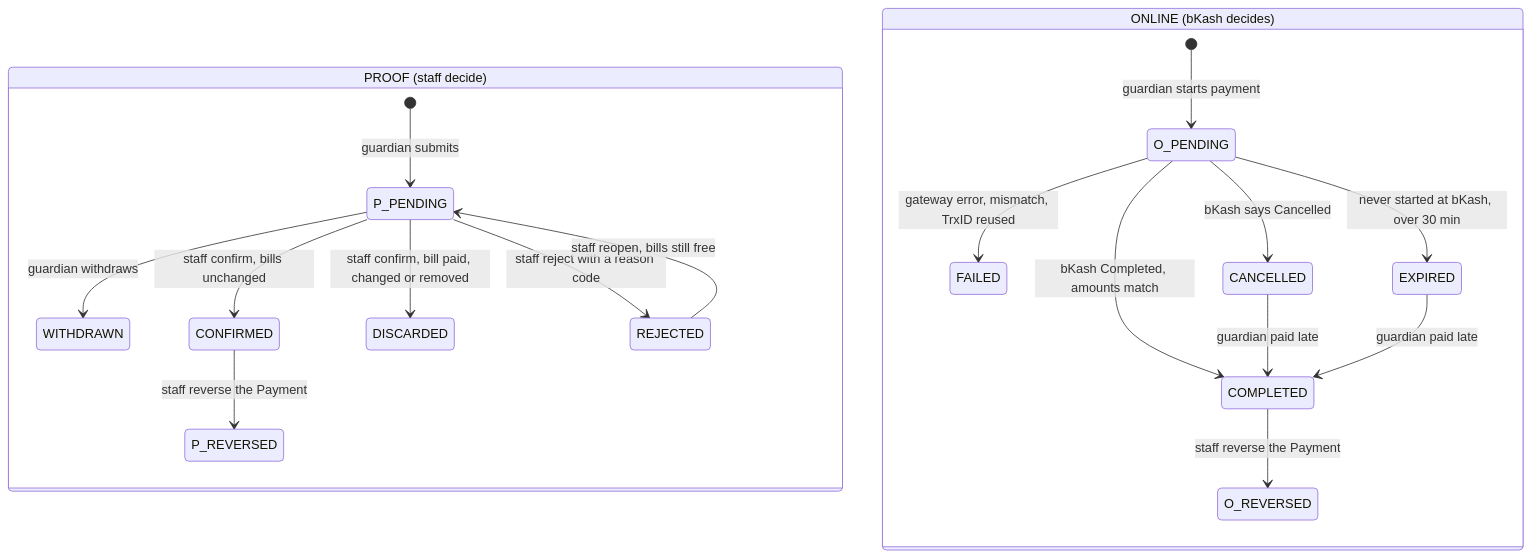
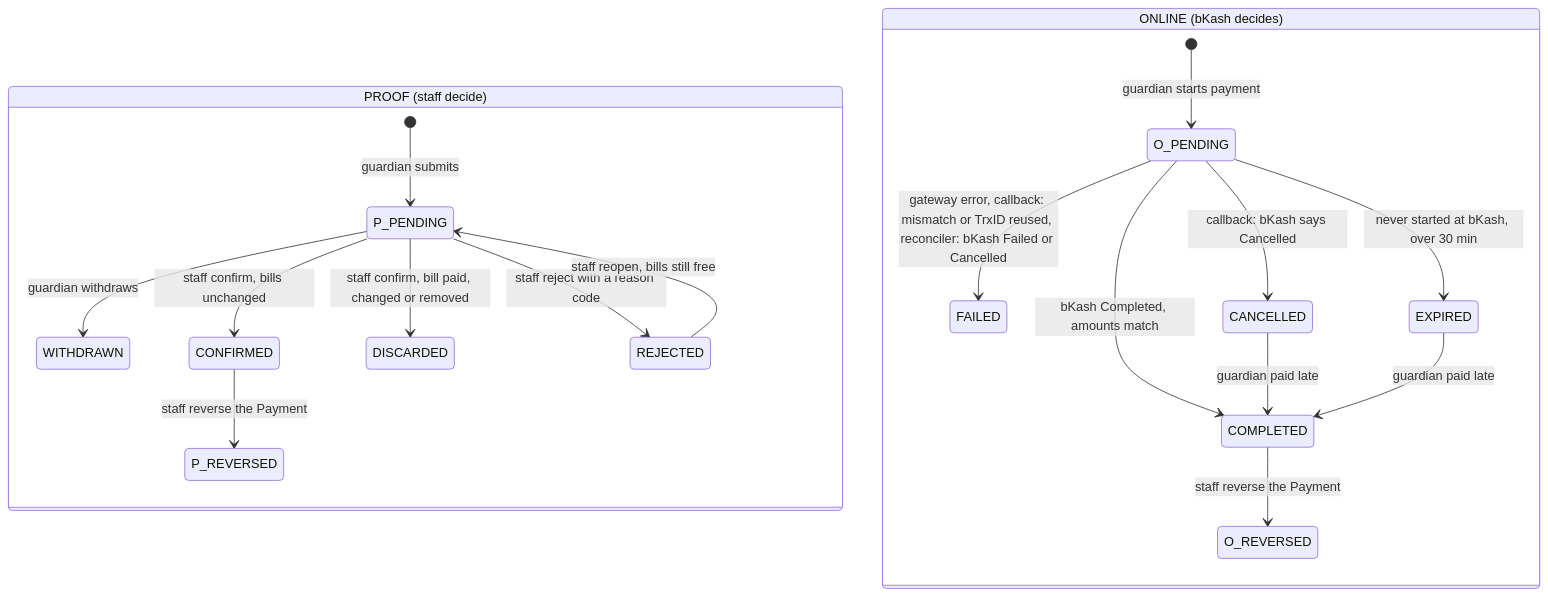
The tenth of 17 diagrams in docs/architecture/04-fees-payments-invoices.md (tareq89/biddaloy), drawn with Mermaid before and after one commit. The commit also changed other lines of this file, not shown here.

Commit message:
docs(#4001): review fixes, reconciler vs callback transitions

````diff
--- a/docs/architecture/04-fees-payments-invoices.md
+++ b/docs/architecture/04-fees-payments-invoices.md
@@ -569,22 +569,22 @@
 ```mermaid
 stateDiagram-v2
   state "PROOF (staff decide)" as proof {
     [*] --> P_PENDING: guardian submits
     P_PENDING --> WITHDRAWN: guardian withdraws
     P_PENDING --> CONFIRMED: staff confirm, bills unchanged
     P_PENDING --> DISCARDED: staff confirm, bill paid, changed or removed
     P_PENDING --> REJECTED: staff reject with a reason code
     REJECTED --> P_PENDING: staff reopen, bills still free
     CONFIRMED --> P_REVERSED: staff reverse the Payment
   }
   state "ONLINE (bKash decides)" as online {
     [*] --> O_PENDING: guardian starts payment
     O_PENDING --> COMPLETED: bKash Completed, amounts match
-    O_PENDING --> FAILED: gateway error, mismatch, TrxID reused
-    O_PENDING --> CANCELLED: bKash says Cancelled
+    O_PENDING --> FAILED: gateway error, callback: mismatch or TrxID reused, reconciler: bKash Failed or Cancelled
+    O_PENDING --> CANCELLED: callback: bKash says Cancelled
     O_PENDING --> EXPIRED: never started at bKash, over 30 min
     CANCELLED --> COMPLETED: guardian paid late
     EXPIRED --> COMPLETED: guardian paid late
     COMPLETED --> O_REVERSED: staff reverse the Payment
   }
 ```
````
